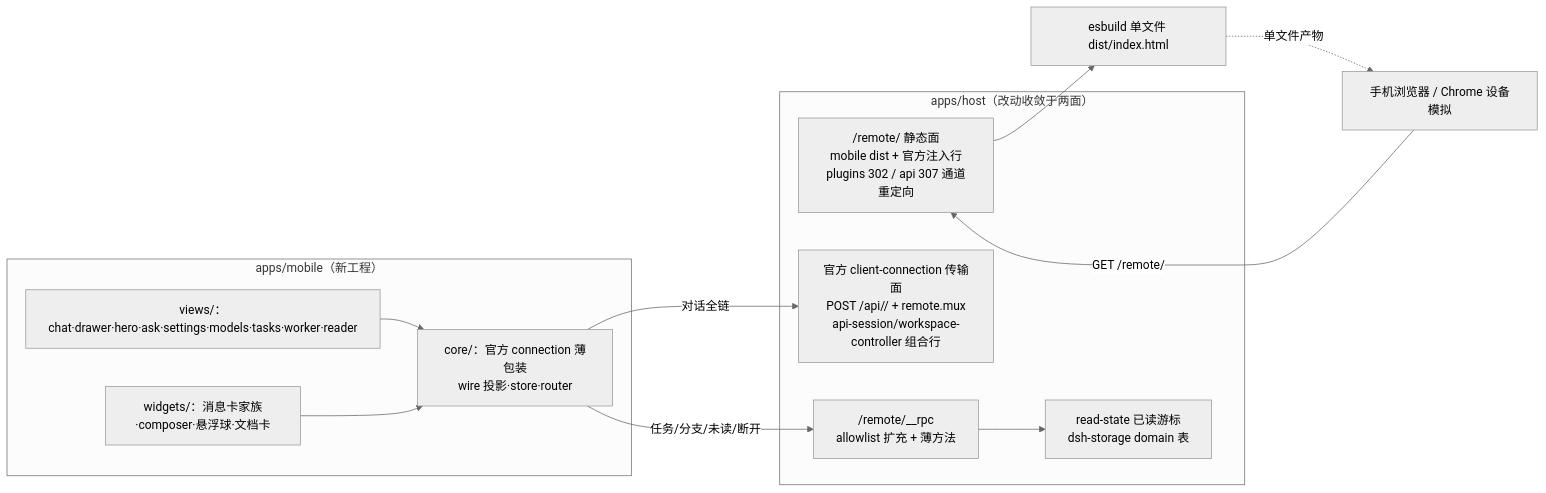
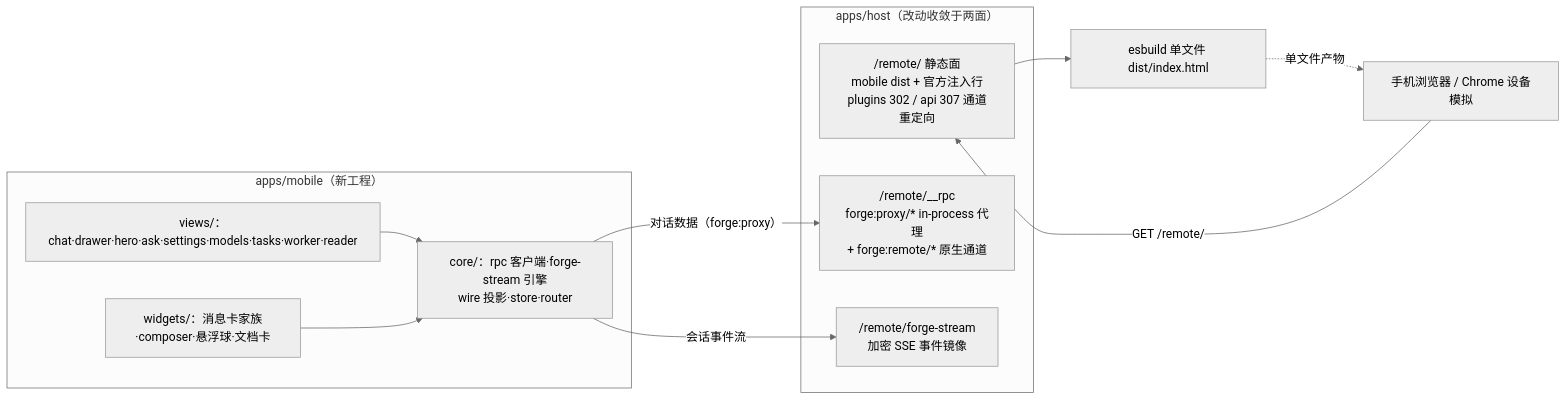
One commit to bigfaner/dsh-forge changed the first of 7 diagrams in .forge/docs/features/mobile-ui/design/tech-design.md. Above: the diagram before and after it, drawn with Mermaid (neutral theme). The commit also changed other lines of this file and 8 other files, not shown here.

Commit message:
docs(mobile-ui): read-state 撤销段回写 + transport 残留改 R12 口径（forge:proxy + forge-stream）

````diff
--- a/.forge/docs/features/mobile-ui/design/tech-design.md
+++ b/.forge/docs/features/mobile-ui/design/tech-design.md
@@ -17,24 +17,22 @@
 ```mermaid
 flowchart LR
     subgraph host [apps/host（改动收敛于两面）]
         STATIC["/remote/ 静态面<br/>mobile dist + 官方注入行<br/>plugins 302 / api 307 通道重定向"]
-        RPC["/remote/__rpc<br/>allowlist 扩充 + 薄方法"]
-        OFFICIAL["官方 client-connection 传输面<br/>POST /api/<svc>/<mth> + remote.mux<br/>api-session/workspace-controller 组合行"]
-        READSTATE["read-state 已读游标<br/>dsh-storage domain 表"]
-        RPC --> READSTATE
+        RPC["/remote/__rpc<br/>forge:proxy/* in-process 代理<br/>+ forge:remote/* 原生通道"]
+        FSTREAM["/remote/forge-stream<br/>加密 SSE 事件镜像"]
     end
     subgraph mobile [apps/mobile（新工程）]
-        CORE["core/：官方 connection 薄包装<br/>wire 投影·store·router"]
+        CORE["core/：rpc 客户端·forge-stream 引擎<br/>wire 投影·store·router"]
         VIEWS["views/：chat·drawer·hero·ask·settings·models·tasks·worker·reader"]
         WIDGETS["widgets/：消息卡家族·composer·悬浮球·文档卡"]
     end
     MOBILE_DIST["esbuild 单文件 dist/index.html"]
     PHONE["手机浏览器 / Chrome 设备模拟"]
     PHONE -->|GET /remote/| STATIC
     STATIC --> MOBILE_DIST
     MOBILE_DIST -.->|单文件产物| PHONE
-    CORE -->|对话全链| OFFICIAL
-    CORE -->|任务/分支/未读/断开| RPC
+    CORE -->|对话数据（forge:proxy）| RPC
+    CORE -->|会话事件流| FSTREAM
     VIEWS --> CORE
     WIDGETS --> CORE
 ```
````
